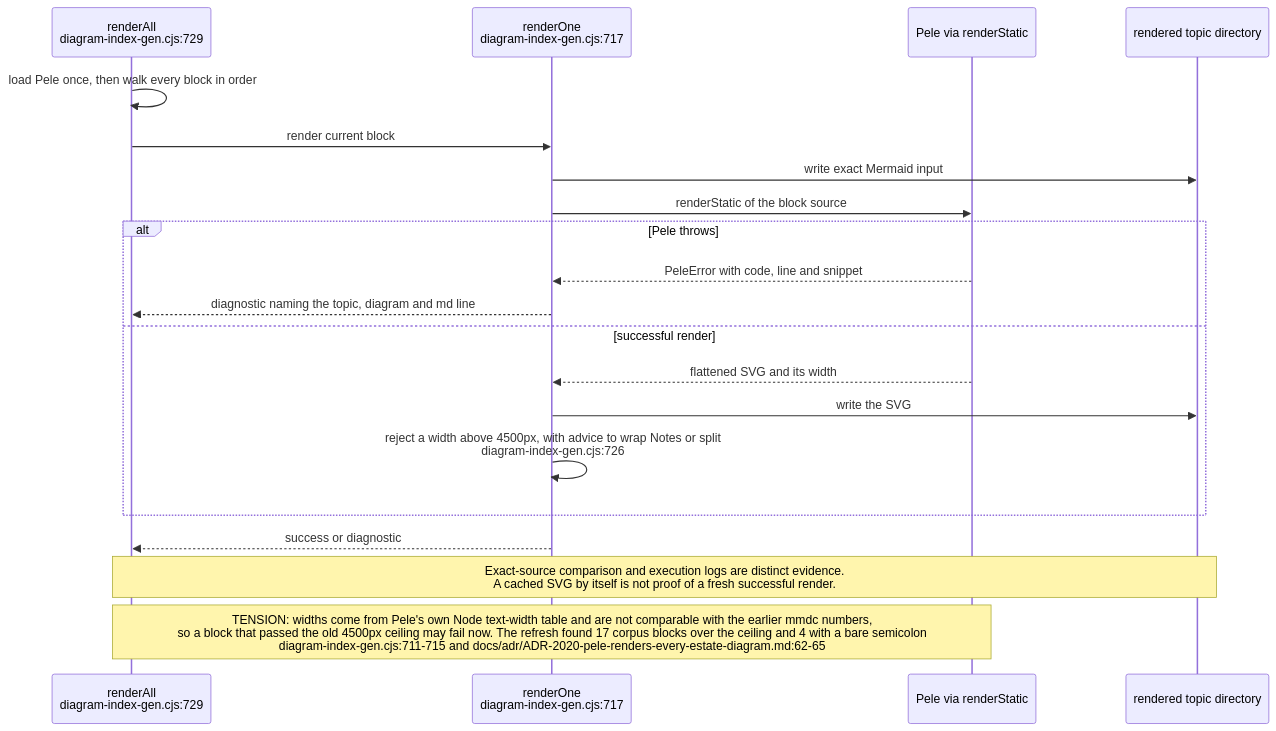
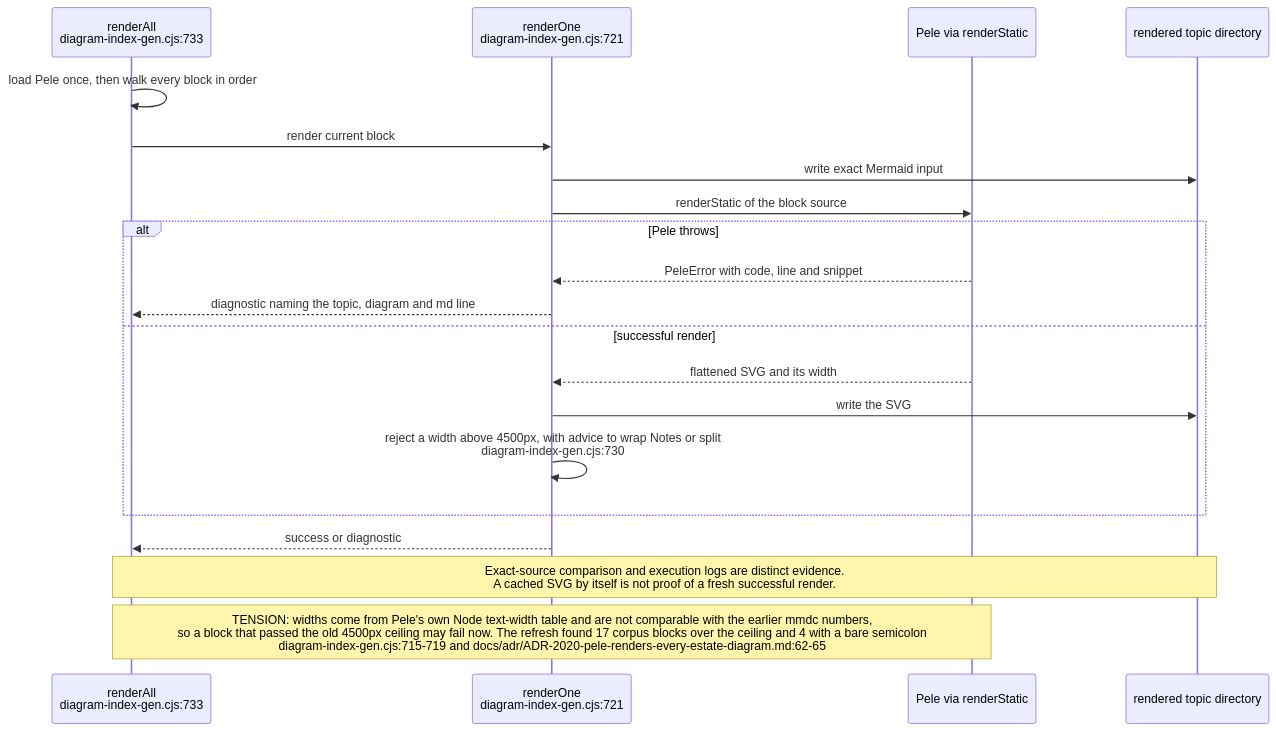
Before and after one commit to DreamLab-AI/VisionFlow: diagram 11 of 15 in docs/diagrams/visionflow/06-diagram-tooling.md, drawn with Mermaid. The commit also changed other lines of this file and 7 other files, not shown here.

````diff
--- a/docs/diagrams/visionflow/06-diagram-tooling.md
+++ b/docs/diagrams/visionflow/06-diagram-tooling.md
@@ -339,22 +339,22 @@
 ```mermaid
 sequenceDiagram
-    participant G as renderAll<br/>diagram-index-gen.cjs:729
-    participant R as renderOne<br/>diagram-index-gen.cjs:717
+    participant G as renderAll<br/>diagram-index-gen.cjs:733
+    participant R as renderOne<br/>diagram-index-gen.cjs:721
     participant M as Pele via renderStatic
     participant O as rendered topic directory
     G->>G: load Pele once, then walk every block in order
     G->>R: render current block
     R->>O: write exact Mermaid input
     R->>M: renderStatic of the block source
     alt Pele throws
         M-->>R: PeleError with code, line and snippet
         R-->>G: diagnostic naming the topic, diagram and md line
     else successful render
         M-->>R: flattened SVG and its width
         R->>O: write the SVG
-        R->>R: reject a width above 4500px, with advice to wrap Notes or split<br/>diagram-index-gen.cjs:726
+        R->>R: reject a width above 4500px, with advice to wrap Notes or split<br/>diagram-index-gen.cjs:730
     end
     R-->>G: success or diagnostic
     Note over G,O: Exact-source comparison and execution logs are distinct evidence.<br/>A cached SVG by itself is not proof of a fresh successful render.
-    Note over G,M: TENSION: widths come from Pele's own Node text-width table and are not comparable with the earlier mmdc numbers,<br/>so a block that passed the old 4500px ceiling may fail now. The refresh found 17 corpus blocks over the ceiling and 4 with a bare semicolon<br/>diagram-index-gen.cjs:711-715 and docs/adr/ADR-2020-pele-renders-every-estate-diagram.md:62-65
+    Note over G,M: TENSION: widths come from Pele's own Node text-width table and are not comparable with the earlier mmdc numbers,<br/>so a block that passed the old 4500px ceiling may fail now. The refresh found 17 corpus blocks over the ceiling and 4 with a bare semicolon<br/>diagram-index-gen.cjs:715-719 and docs/adr/ADR-2020-pele-renders-every-estate-diagram.md:62-65
 ```
````
